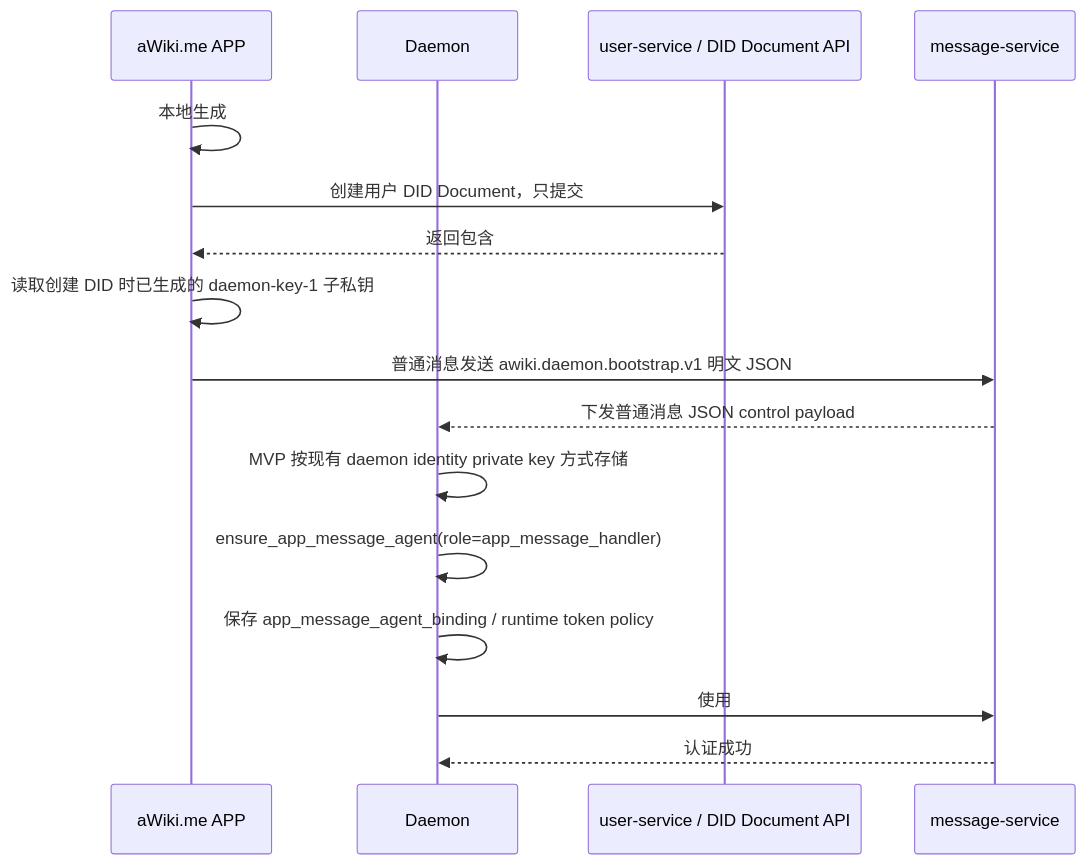
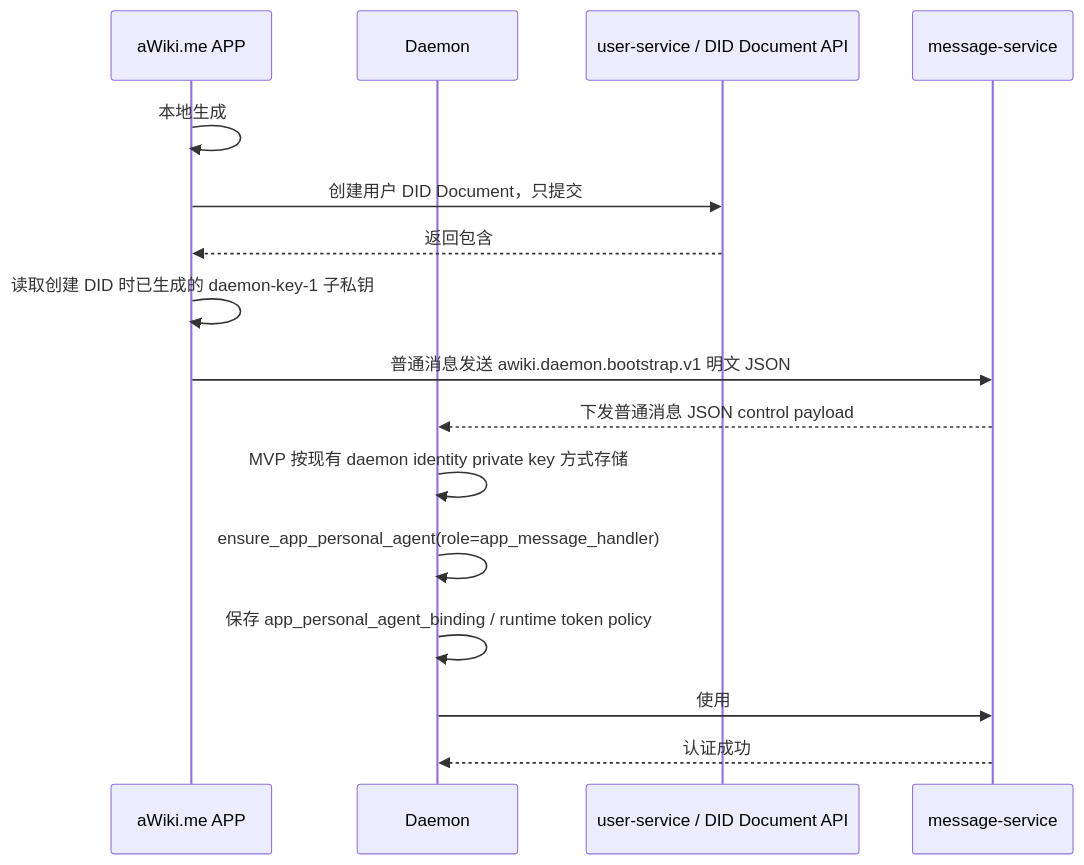
The first of 5 diagrams in docs/agent-im/agent_delegated_identity_message_proof_plan.md (AgentConnect/awiki-cli-rs2), drawn with Mermaid before and after one commit. The commit also changed other lines of this file and 40 other files, not shown here.

Commit message:
refactor: rename message agent to personal agent

````diff
--- a/docs/agent-im/agent_delegated_identity_message_proof_plan.md
+++ b/docs/agent-im/agent_delegated_identity_message_proof_plan.md
@@ -300,19 +300,19 @@
 ```mermaid
 sequenceDiagram
     participant App as aWiki.me APP
     participant D as Daemon
     participant US as user-service / DID Document API
     participant MS as message-service
 
     App->>App: 本地生成 #daemon-key-1 key package，并导出 public verification method
     App->>US: 创建用户 DID Document，只提交 #daemon-key-1 public verification method
     US-->>App: 返回包含 #daemon-key-1 的 DID Document；APP 本地持有子私钥
     App->>App: 读取创建 DID 时已生成的 daemon-key-1 子私钥
     App->>MS: 普通消息发送 awiki.daemon.bootstrap.v1 明文 JSON
     MS-->>D: 下发普通消息 JSON control payload
     D->>D: MVP 按现有 daemon identity private key 方式存储
-    D->>D: ensure_app_message_agent(role=app_message_handler)
-    D->>D: 保存 app_message_agent_binding / runtime token policy
+    D->>D: ensure_app_personal_agent(role=app_message_handler)
+    D->>D: 保存 app_personal_agent_binding / runtime token policy
     D->>MS: 使用 #daemon-key-1 做 did:wba/ANP proof 发送或拉取普通消息
     MS-->>D: 认证成功
 ```
````
